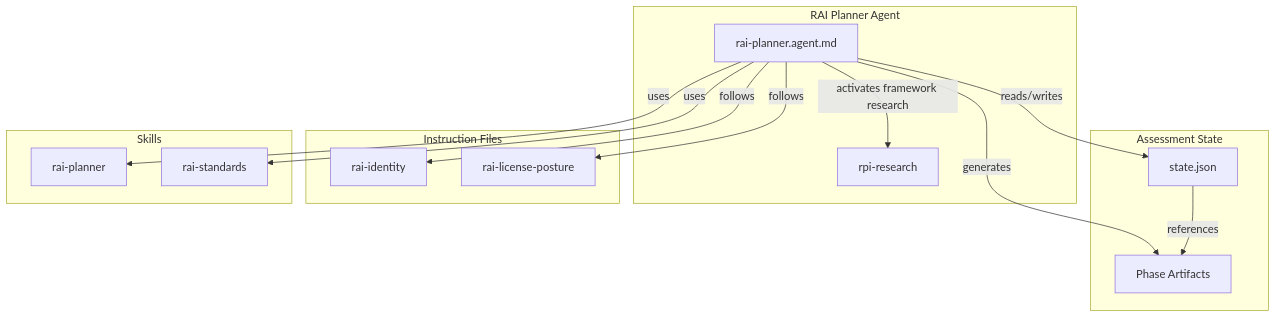
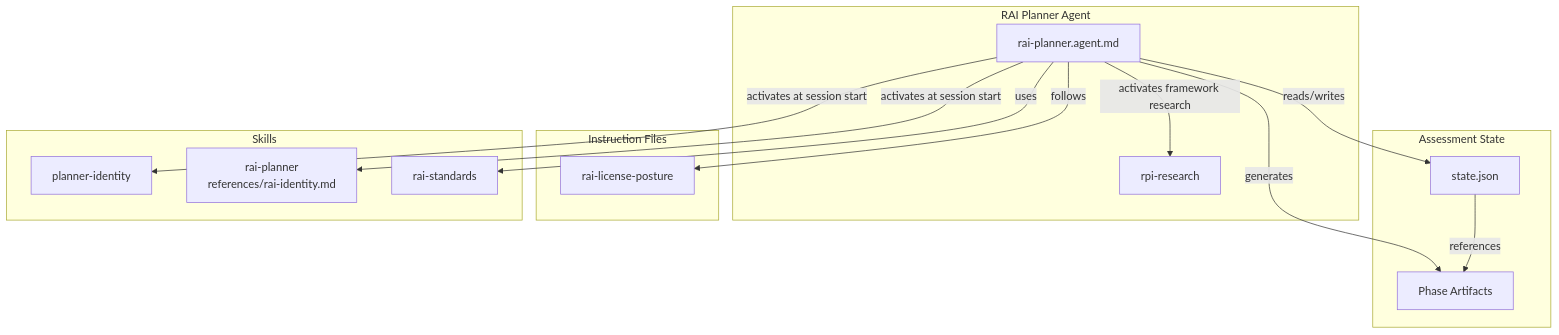
The diagram in docs/agents/rai-planning/agent-overview.md (microsoft/hve-core), drawn with Mermaid before and after one commit. The commit also changed other lines of this file and 8 other files, not shown here.

````diff
--- a/docs/agents/rai-planning/agent-overview.md
+++ b/docs/agents/rai-planning/agent-overview.md
@@ -23,33 +23,33 @@
 ```mermaid
 flowchart TD
   accTitle: RAI Planner Agent Architecture
-  accDescr: The RAI Planner reads and writes session state, generates phase artifacts, activates research for framework questions, and follows its identity, licensing, planning, and standards guidance.
+  accDescr: The RAI Planner reads and writes session state, generates phase artifacts, activates research for framework questions, activates the planner-identity and rai-planner skills at session start, uses the rai-standards skill, and follows its licensing instruction.
   subgraph Agent ["RAI Planner Agent"]
     RP["rai-planner.agent.md"]
     RR["rpi-research"]
     RP -->|"activates framework research"| RR
   end
 
   subgraph State ["Assessment State"]
     SJ["state.json"]
     AF["Phase Artifacts"]
     SJ -->|"references"| AF
   end
 
   subgraph Instructions ["Instruction Files"]
-    I1["rai-identity"]
-    I2["rai-license-posture"]
+    I1["rai-license-posture"]
   end
 
   subgraph Skills ["Skills"]
-    S1["rai-planner"]
+    S0["planner-identity"]
+    S1["rai-planner<br/>references/rai-identity.md"]
     S2["rai-standards"]
   end
 
   RP -->|"reads/writes"| SJ
   RP -->|"generates"| AF
   RP -->|"follows"| I1
-  RP -->|"follows"| I2
-  RP -->|"uses"| S1
+  RP -->|"activates at session start"| S0
+  RP -->|"activates at session start"| S1
   RP -->|"uses"| S2
 ```
````
